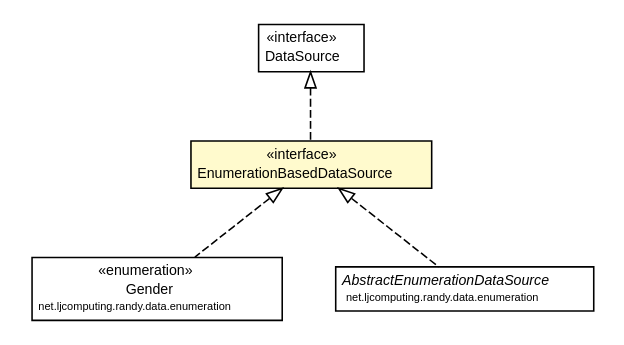
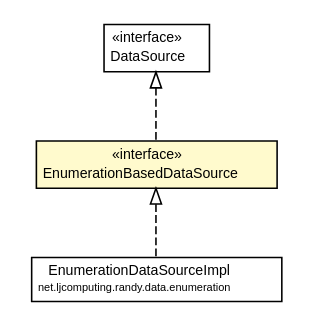
Before and after one commit to willmorejg/net.ljcomputing.randy: the diagram in docs/javadoc/apidocs/net/ljcomputing/randy/data/EnumerationBasedDataSource.dot, drawn with Graphviz. The commit also changed 138 other files, not shown here.

```diff
--- a/docs/javadoc/apidocs/net/ljcomputing/randy/data/EnumerationBasedDataSource.dot
+++ b/docs/javadoc/apidocs/net/ljcomputing/randy/data/EnumerationBasedDataSource.dot
@@ -1,47 +1,37 @@
 #!/usr/local/bin/dot
 #
 # Class diagram 
 # Generated by UMLGraph version R5_6 (http://www.umlgraph.org/)
 #
 
 digraph G {
 	edge [fontname="Helvetica",fontsize=10,labelfontname="Helvetica",labelfontsize=10];
 	node [fontname="Helvetica",fontsize=10,shape=plaintext];
 	nodesep=0.25;
 	ranksep=0.5;
 	// net.ljcomputing.randy.data.EnumerationBasedDataSource
-	c387 [label=<<table title="net.ljcomputing.randy.data.EnumerationBasedDataSource" border="0" cellborder="1" cellspacing="0" cellpadding="2" port="p" bgcolor="lemonChiffon" href="./EnumerationBasedDataSource.html">
+	c406 [label=<<table title="net.ljcomputing.randy.data.EnumerationBasedDataSource" border="0" cellborder="1" cellspacing="0" cellpadding="2" port="p" bgcolor="lemonChiffon" href="./EnumerationBasedDataSource.html">
 		<tr><td><table border="0" cellspacing="0" cellpadding="1">
 <tr><td align="center" balign="center"> &#171;interface&#187; </td></tr>
 <tr><td align="center" balign="center"> EnumerationBasedDataSource </td></tr>
 		</table></td></tr>
 		</table>>, URL="./EnumerationBasedDataSource.html", fontname="Helvetica", fontcolor="black", fontsize=9.0];
 	// net.ljcomputing.randy.data.DataSource
-	c389 [label=<<table title="net.ljcomputing.randy.data.DataSource" border="0" cellborder="1" cellspacing="0" cellpadding="2" port="p" href="./DataSource.html">
+	c408 [label=<<table title="net.ljcomputing.randy.data.DataSource" border="0" cellborder="1" cellspacing="0" cellpadding="2" port="p" href="./DataSource.html">
 		<tr><td><table border="0" cellspacing="0" cellpadding="1">
 <tr><td align="center" balign="center"> &#171;interface&#187; </td></tr>
 <tr><td align="center" balign="center"> DataSource </td></tr>
 		</table></td></tr>
 		</table>>, URL="./DataSource.html", fontname="Helvetica", fontcolor="black", fontsize=9.0];
-	// net.ljcomputing.randy.data.enumeration.Gender
-	c391 [label=<<table title="net.ljcomputing.randy.data.enumeration.Gender" border="0" cellborder="1" cellspacing="0" cellpadding="2" port="p" href="./enumeration/Gender.html">
+	// net.ljcomputing.randy.data.enumeration.EnumerationDataSourceImpl
+	c411 [label=<<table title="net.ljcomputing.randy.data.enumeration.EnumerationDataSourceImpl" border="0" cellborder="1" cellspacing="0" cellpadding="2" port="p" href="./enumeration/EnumerationDataSourceImpl.html">
 		<tr><td><table border="0" cellspacing="0" cellpadding="1">
-<tr><td align="center" balign="center"> &#171;enumeration&#187; </td></tr>
-<tr><td align="center" balign="center"> Gender </td></tr>
+<tr><td align="center" balign="center"> EnumerationDataSourceImpl </td></tr>
 <tr><td align="center" balign="center"><font point-size="7.0"> net.ljcomputing.randy.data.enumeration </font></td></tr>
 		</table></td></tr>
-		</table>>, URL="./enumeration/Gender.html", fontname="Helvetica", fontcolor="black", fontsize=9.0];
-	// net.ljcomputing.randy.data.enumeration.AbstractEnumerationDataSource
-	c392 [label=<<table title="net.ljcomputing.randy.data.enumeration.AbstractEnumerationDataSource" border="0" cellborder="1" cellspacing="0" cellpadding="2" port="p" href="./enumeration/AbstractEnumerationDataSource.html">
-		<tr><td><table border="0" cellspacing="0" cellpadding="1">
-<tr><td align="center" balign="center"><font face="Helvetica-Oblique"> AbstractEnumerationDataSource </font></td></tr>
-<tr><td align="center" balign="center"><font point-size="7.0"> net.ljcomputing.randy.data.enumeration </font></td></tr>
-		</table></td></tr>
-		</table>>, URL="./enumeration/AbstractEnumerationDataSource.html", fontname="Helvetica", fontcolor="black", fontsize=9.0];
+		</table>>, URL="./enumeration/EnumerationDataSourceImpl.html", fontname="Helvetica", fontcolor="black", fontsize=9.0];
 	//net.ljcomputing.randy.data.EnumerationBasedDataSource implements net.ljcomputing.randy.data.DataSource
-	c389:p -> c387:p [dir=back,arrowtail=empty,style=dashed];
-	//net.ljcomputing.randy.data.enumeration.Gender implements net.ljcomputing.randy.data.EnumerationBasedDataSource
-	c387:p -> c391:p [dir=back,arrowtail=empty,style=dashed];
-	//net.ljcomputing.randy.data.enumeration.AbstractEnumerationDataSource implements net.ljcomputing.randy.data.EnumerationBasedDataSource
-	c387:p -> c392:p [dir=back,arrowtail=empty,style=dashed];
+	c408:p -> c406:p [dir=back,arrowtail=empty,style=dashed];
+	//net.ljcomputing.randy.data.enumeration.EnumerationDataSourceImpl implements net.ljcomputing.randy.data.EnumerationBasedDataSource
+	c406:p -> c411:p [dir=back,arrowtail=empty,style=dashed];
 }
```
